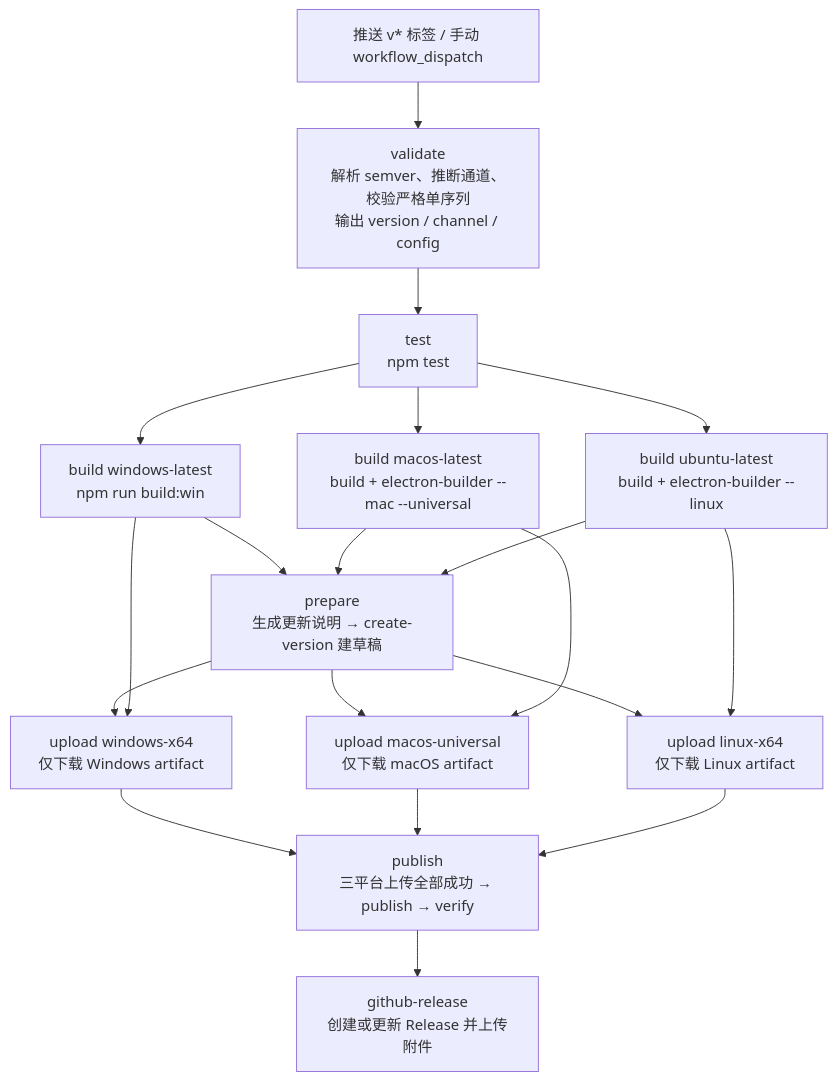
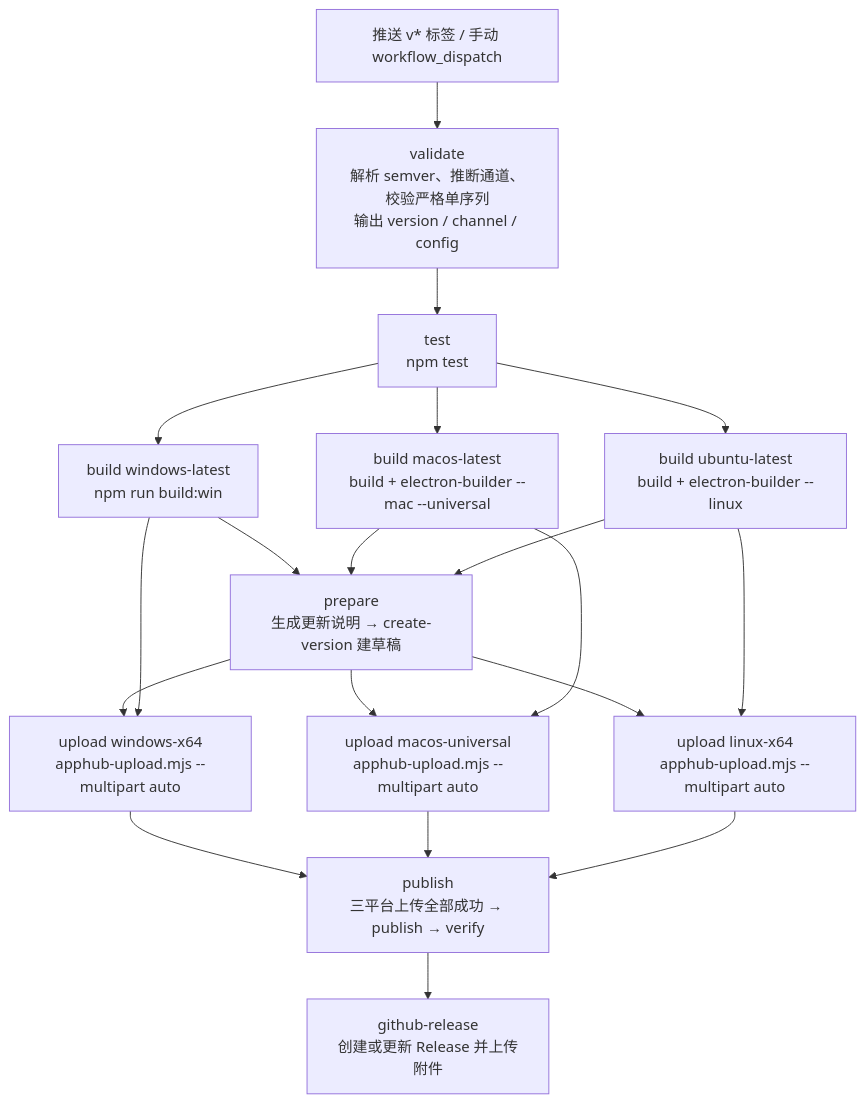
Before and after one commit to Harley-xk/mark-it: the second of 2 diagrams in docs/构建与发布.md, drawn with Mermaid. The commit also changed other lines of this file and 12 other files, not shown here.

````diff
--- a/docs/构建与发布.md
+++ b/docs/构建与发布.md
@@ -276,21 +277,21 @@
 ```mermaid
 flowchart TD
     T["推送 v* 标签 / 手动 workflow_dispatch"] --> V["validate<br/>解析 semver、推断通道、校验严格单序列<br/>输出 version / channel / config"]
     V --> UT["test<br/>npm test"]
     UT --> W["build windows-latest<br/>npm run build:win"]
     UT --> M["build macos-latest<br/>build + electron-builder --mac --universal"]
     UT --> L["build ubuntu-latest<br/>build + electron-builder --linux"]
     W --> PR["prepare<br/>生成更新说明 → create-version 建草稿"]
     M --> PR
     L --> PR
-    PR --> UW["upload windows-x64<br/>仅下载 Windows artifact"]
-    PR --> UM["upload macos-universal<br/>仅下载 macOS artifact"]
-    PR --> UL["upload linux-x64<br/>仅下载 Linux artifact"]
+    PR --> UW["upload windows-x64<br/>apphub-upload.mjs --multipart auto"]
+    PR --> UM["upload macos-universal<br/>apphub-upload.mjs --multipart auto"]
+    PR --> UL["upload linux-x64<br/>apphub-upload.mjs --multipart auto"]
     W --> UW
     M --> UM
     L --> UL
     UW --> P["publish<br/>三平台上传全部成功 → publish → verify"]
     UM --> P
     UL --> P
     P --> G["github-release<br/>创建或更新 Release 并上传附件"]
 ```
````
